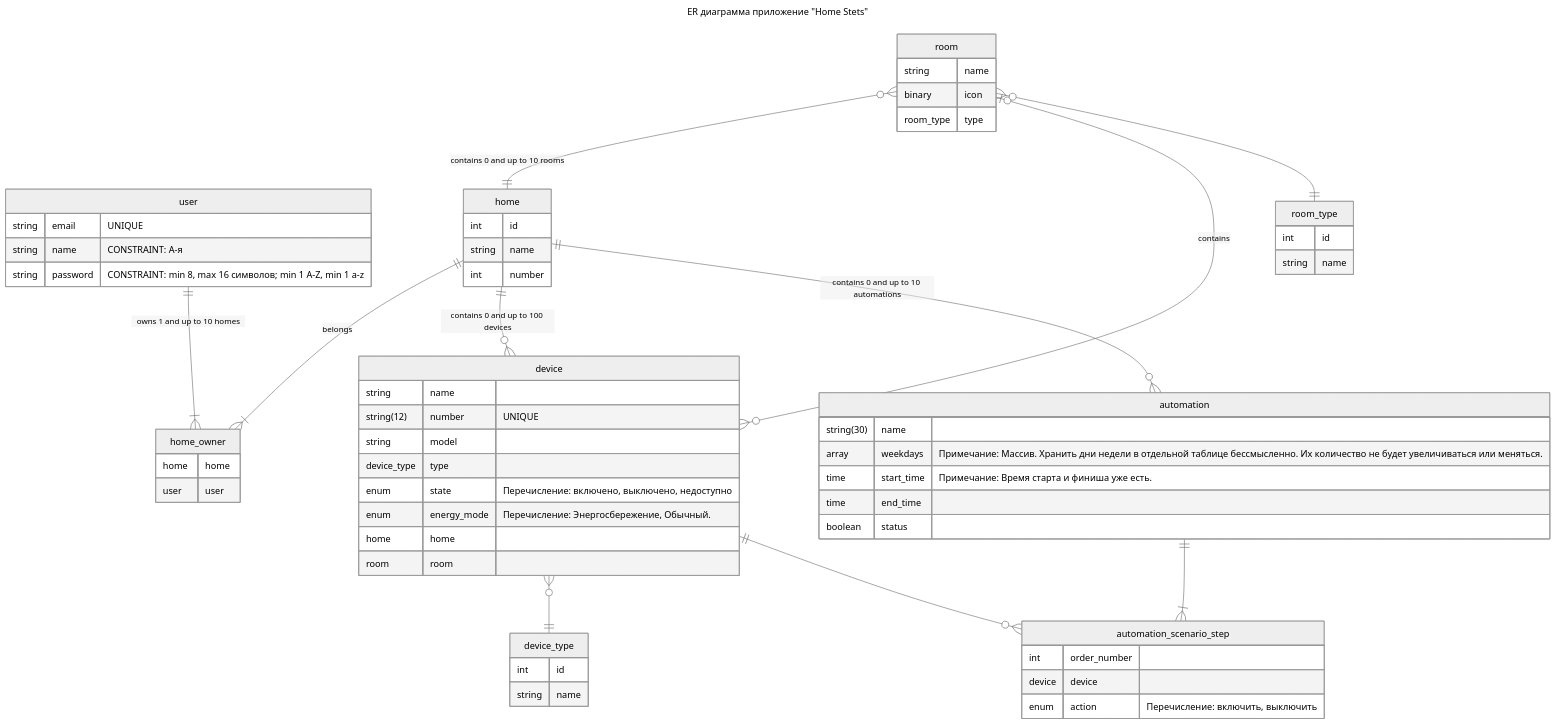
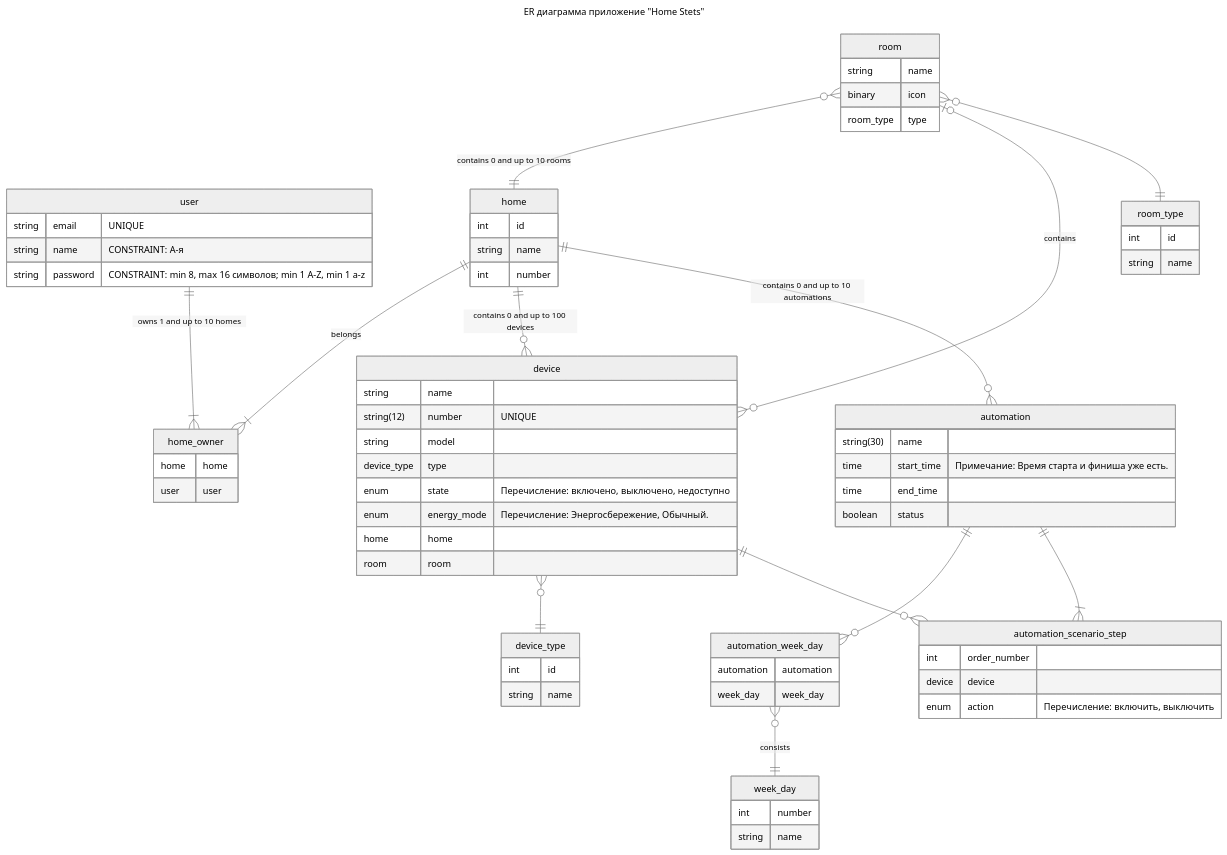
Before and after one commit to oleshko-g/sa_cases: the diagram in HARD/yandex-practicum-diploma-project/# spec.md, drawn with Mermaid (neutral theme). The commit also changed other lines of this file, not shown here.

Commit message:
Доработать словарь данных && Доработать ERD

````diff
--- a/HARD/yandex-practicum-diploma-project/# spec.md
+++ b/HARD/yandex-practicum-diploma-project/# spec.md
@@ -79,10 +79,17 @@
       binary      icon
       room_type   type
    }
-
+   week_day {
+      int         number
+      string      name
+   }
+   
+   automation_week_day {
+      automation  automation
+      week_day    week_day
+   }
    automation {
       string(30)  name
-      array       weekdays "Примечание: Массив. Хранить дни недели в отдельной таблице бессмысленно. Их количество не будет увеличиваться или меняться."
       time        start_time "Примечание: Время старта и финиша уже есть."
       time        end_time 
       boolean     status
@@ -95,19 +102,21 @@
    }
 
 
-   user        ||--|{ home_owner : "owns 1 and up to 10 homes"
-   home        ||--|{ home_owner : belongs
+   user                 ||--|{ home_owner : "owns 1 and up to 10 homes"
+   home                 ||--|{ home_owner : belongs
 
-   room        }o--|| home : "contains 0 and up to 10 rooms"
-   room        |o--o{ device : "contains"
-   room        }o--|| room_type : ""
+   room                 }o--|| home : "contains 0 and up to 10 rooms"
+   room                 |o--o{ device : "contains"
+   room                 }o--|| room_type : ""
 
-   device      }o--|| device_type : ""
-   home        ||--o{ device : "contains 0 and up to 100 devices"
+   device               }o--|| device_type : ""
+   home                 ||--o{ device : "contains 0 and up to 100 devices"
 
-   home        ||--o{ automation : "contains 0 and up to 10 automations"
+   home                 ||--o{ automation : "contains 0 and up to 10 automations"
 
-   automation  ||--|{ automation_scenario_step : ""
-   device      ||--o{ automation_scenario_step : ""
+   automation_week_day  }o--|| week_day : "consists"
+   automation           ||--o{ automation_week_day : ""
+   automation           ||--|{ automation_scenario_step : ""
+   device               ||--o{ automation_scenario_step : ""
 
 ```
````
